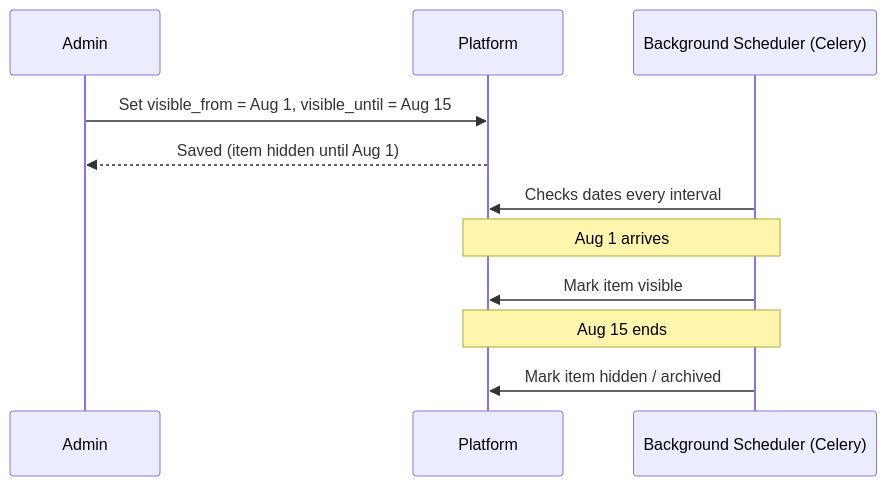
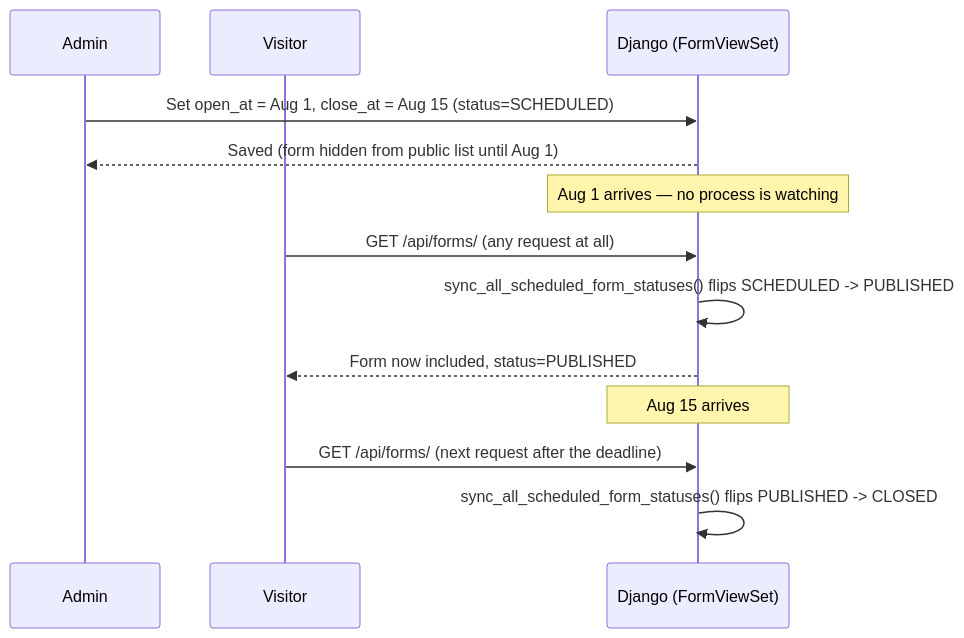
One commit to Srkr-Coding-Club/SRKRCC-Main_APPLICATION_BACKEND changed the diagram in docs/features/scheduling.md. Above: the diagram before and after it, drawn with Mermaid. The commit also changed other lines of this file and 23 other files, not shown here.

Commit message:
Refactor form submission API to remove user ID trust for anonymous requests; update permissions and visibility logic for forms; enhance documentation on background jobs and caching; add tests for automation completeness gating in form submissions.

````diff
--- a/docs/features/scheduling.md
+++ b/docs/features/scheduling.md
@@ -12,13 +25,15 @@
 ```mermaid
 sequenceDiagram
     participant Admin
-    participant Platform
-    participant Scheduler as Background Scheduler (Celery)
-    Admin->>Platform: Set visible_from = Aug 1, visible_until = Aug 15
-    Platform-->>Admin: Saved (item hidden until Aug 1)
-    Scheduler->>Platform: Checks dates every interval
-    Note over Scheduler,Platform: Aug 1 arrives
-    Scheduler->>Platform: Mark item visible
-    Note over Scheduler,Platform: Aug 15 ends
-    Scheduler->>Platform: Mark item hidden / archived
+    participant Visitor
+    participant API as Django (FormViewSet)
+    Admin->>API: Set open_at = Aug 1, close_at = Aug 15 (status=SCHEDULED)
+    API-->>Admin: Saved (form hidden from public list until Aug 1)
+    Note over API: Aug 1 arrives — no process is watching
+    Visitor->>API: GET /api/forms/ (any request at all)
+    API->>API: sync_all_scheduled_form_statuses() flips SCHEDULED -> PUBLISHED
+    API-->>Visitor: Form now included, status=PUBLISHED
+    Note over API: Aug 15 arrives
+    Visitor->>API: GET /api/forms/ (next request after the deadline)
+    API->>API: sync_all_scheduled_form_statuses() flips PUBLISHED -> CLOSED
 ```
````
